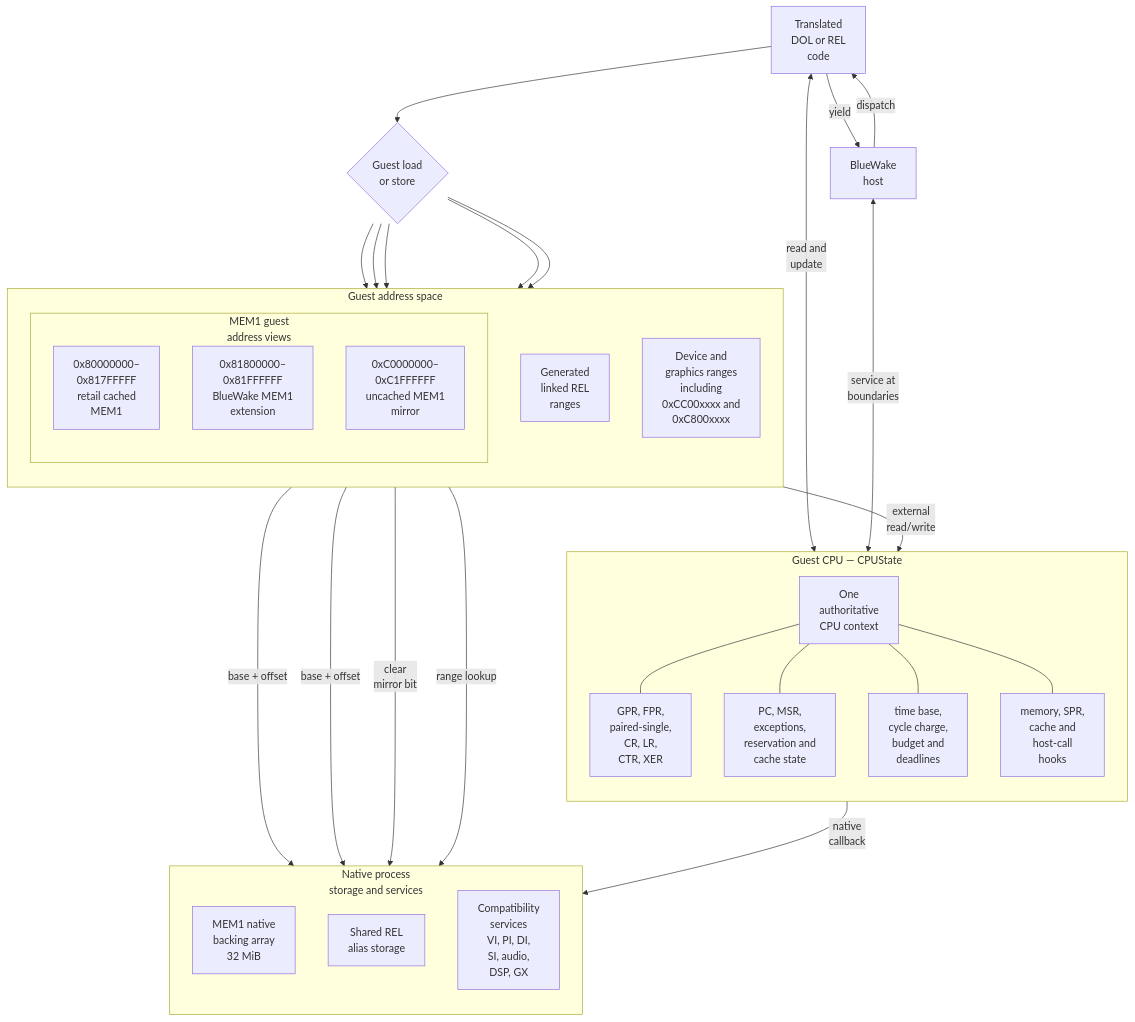
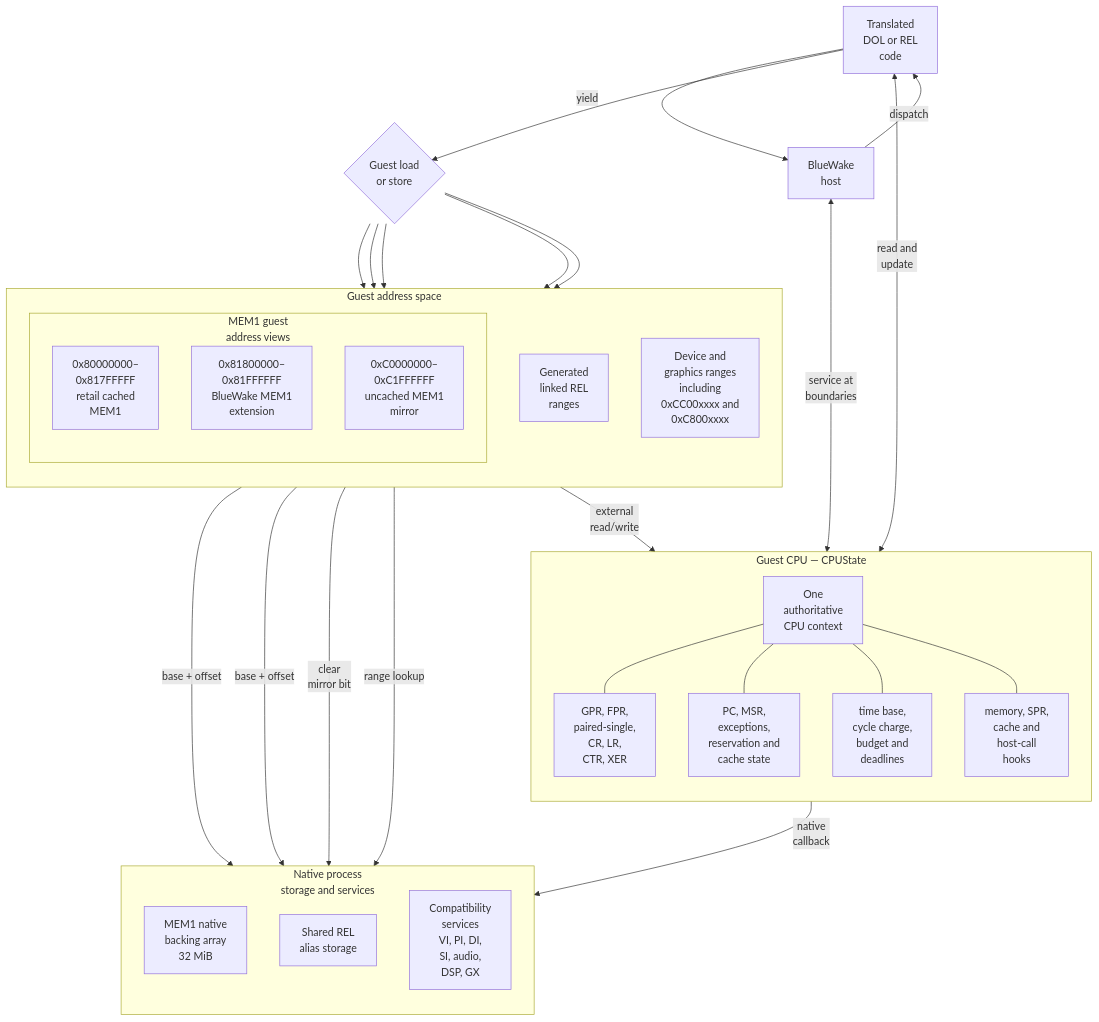
One commit to Aelbannan/boat_of_daphnes changed the first of 8 diagrams in docs/architecture/GuestState.md. Above: the diagram before and after it, drawn with Mermaid. The commit also changed other lines of this file and 2 other files, not shown here.

Commit message:
Rebalance dense Mermaid layouts

```diff
--- a/docs/architecture/GuestState.md
+++ b/docs/architecture/GuestState.md
@@ -139,8 +139,10 @@
 services
 VI, PI, DI,
 SI, audio,
-DSP, GX`"]
+        DSP, GX`"]
     end
+
+    CPU ~~~ Space ~~~ Native
 
     Host -->|"dispatch"| Code
     Code -->|"yield"| Host
```
